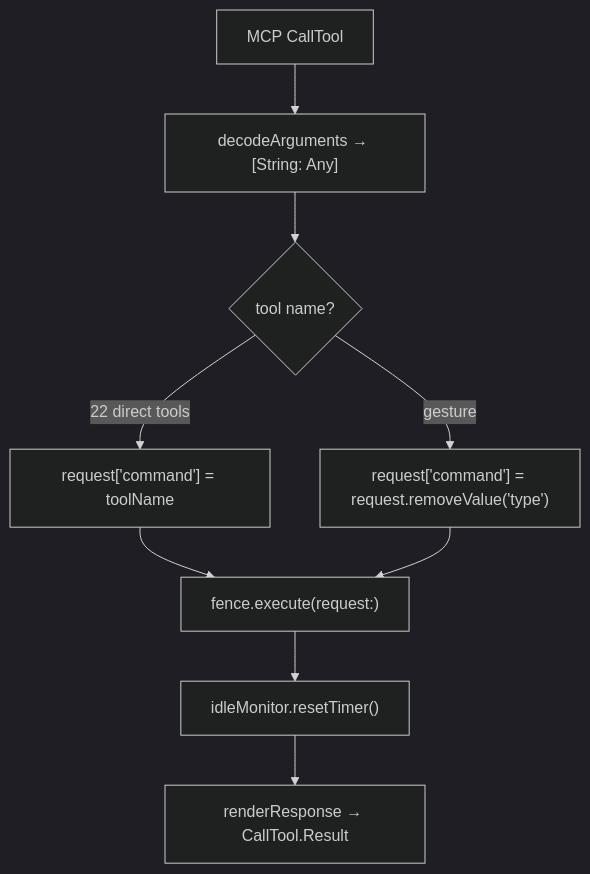
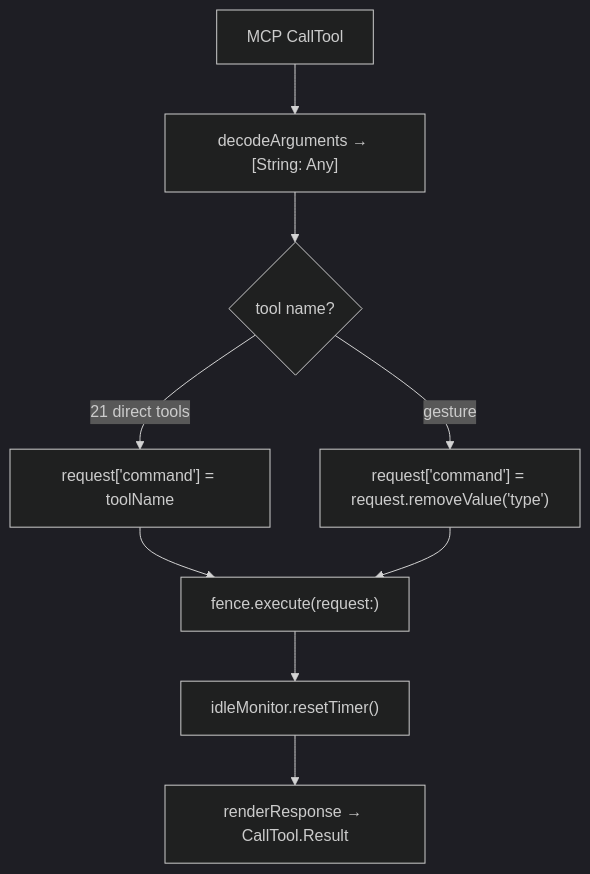
One commit to RoyalPineapple/TheButtonHeist changed the second of 2 diagrams in docs/dossiers/12-MCP.md. Above: the diagram before and after it, drawn with Mermaid (dark theme). The commit also changed 4 other files, not shown here.

````diff
--- a/docs/dossiers/12-MCP.md
+++ b/docs/dossiers/12-MCP.md
@@ -115,13 +115,13 @@
 ```mermaid
 flowchart TD
     Call["MCP CallTool"] --> Decode["decodeArguments → [String: Any]"]
     Decode --> Switch{"tool name?"}
 
-    Switch -->|"22 direct tools"| Direct["request['command'] = toolName"]
+    Switch -->|"21 direct tools"| Direct["request['command'] = toolName"]
     Switch -->|"gesture"| Grouped["request['command'] = request.removeValue('type')"]
 
     Direct --> Execute["fence.execute(request:)"]
     Grouped --> Execute
     Execute --> Reset["idleMonitor.resetTimer()"]
     Reset --> Render["renderResponse → CallTool.Result"]
 ```
````
